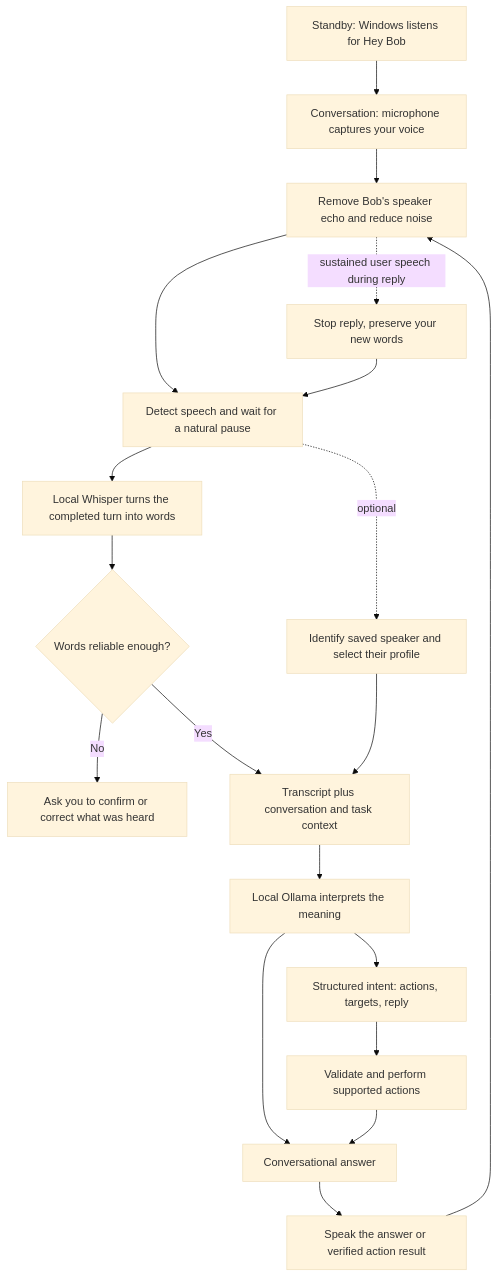
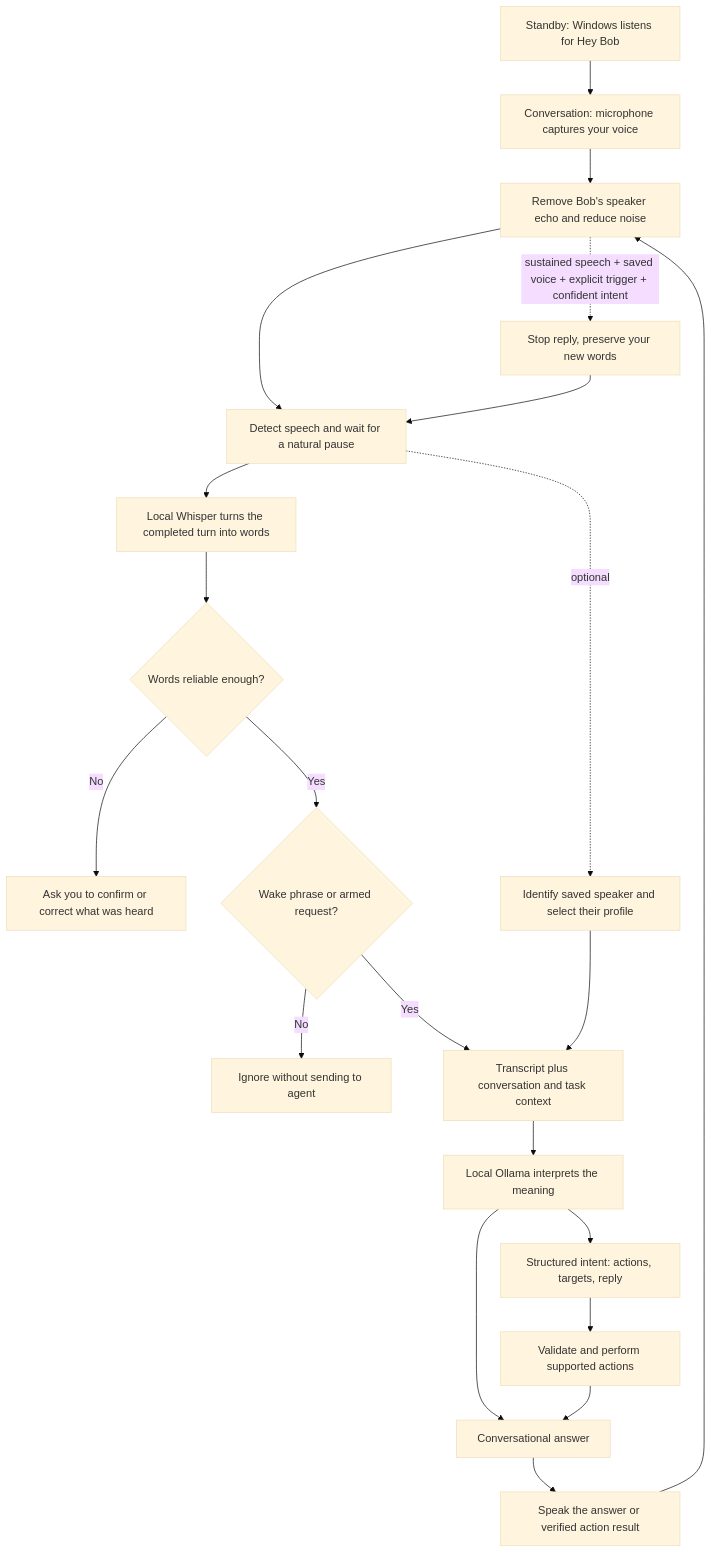
Before and after one commit to sannapanenibahnuteja/Astra-AI: the diagram in docs/VOICE-PIPELINE.md, drawn with Mermaid (base theme). The commit also changed other lines of this file and 25 other files, not shown here.

Commit message:
Fix complete speech playback and require explicit wake phrases

````diff
--- a/docs/VOICE-PIPELINE.md
+++ b/docs/VOICE-PIPELINE.md
@@ -5,21 +7,23 @@
 ```mermaid
 flowchart TD
     W[Standby: Windows listens for Hey Bob] --> M[Conversation: microphone captures your voice]
     M --> E[Remove Bob's speaker echo and reduce noise]
     E --> V[Detect speech and wait for a natural pause]
     V --> T[Local Whisper turns the completed turn into words]
     T --> Q{Words reliable enough?}
     Q -->|No| R[Ask you to confirm or correct what was heard]
-    Q -->|Yes| C[Transcript plus conversation and task context]
+    Q -->|Yes| K{Wake phrase or armed request?}
+    K -->|No| Z[Ignore without sending to agent]
+    K -->|Yes| C[Transcript plus conversation and task context]
     C --> L[Local Ollama interprets the meaning]
     L --> J[Structured intent: actions, targets, reply]
     J --> A[Validate and perform supported actions]
     L --> B[Conversational answer]
     A --> B
     B --> S[Speak the answer or verified action result]
     S --> E
-    E -. sustained user speech during reply .-> I[Stop reply, preserve your new words]
+    E -. sustained speech + saved voice + explicit trigger + confident intent .-> I[Stop reply, preserve your new words]
     I --> V
     V -. optional .-> P[Identify saved speaker and select their profile]
     P --> C
 ```
````
